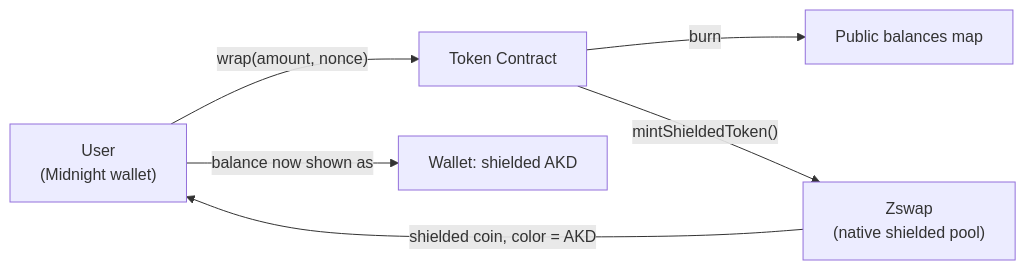
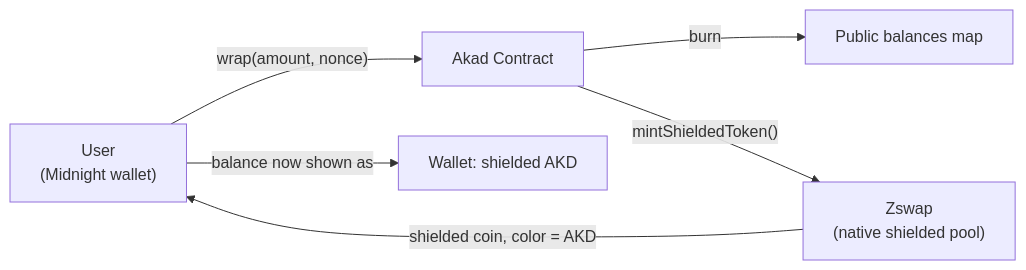
One commit to dzakwannajmi/akad changed the second of 3 diagrams in README.md. Above: the diagram before and after it, drawn with Mermaid. The commit also changed other lines of this file and 1 other file, not shown here.

First line of the commit message:
docs: document the merged akad.compact contract and real-transfer swap legs

````diff
--- a/README.md
+++ b/README.md
@@ -102,8 +107,8 @@
 ```mermaid
 flowchart LR
-  U["User<br/>(Midnight wallet)"] -->|"wrap(amount, nonce)"| TC["Token Contract"]
+  U["User<br/>(Midnight wallet)"] -->|"wrap(amount, nonce)"| TC["Akad Contract"]
   TC -->|"burn"| PB["Public balances map"]
   TC -->|"mintShieldedToken()"| ZS["Zswap<br/>(native shielded pool)"]
   ZS -->|"shielded coin, color = AKD"| U
   U -->|"balance now shown as"| L["Wallet: shielded AKD"]
 ```
````
